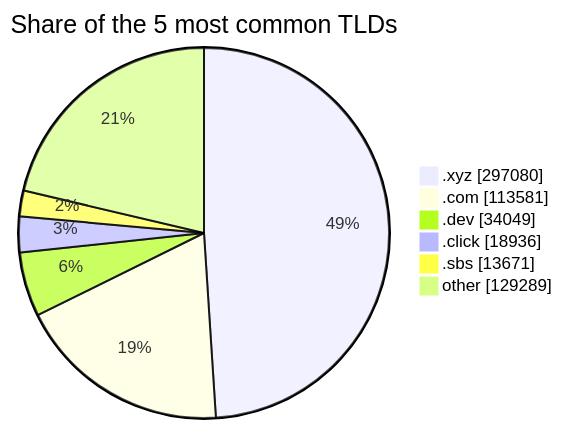
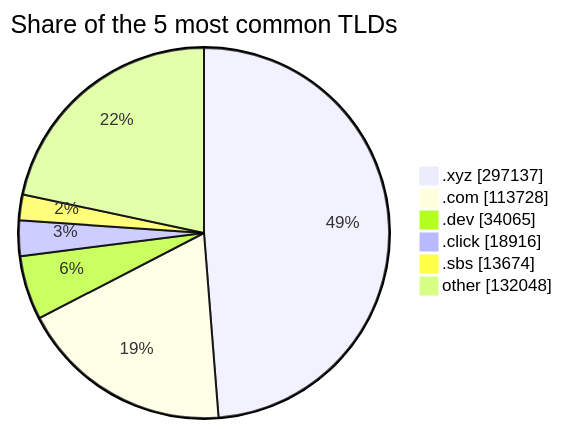
Before and after one commit to DNSBunker/CTI: the third of 3 diagrams in README.md, drawn with Mermaid. The commit also changed other lines of this file and 3 other files, not shown here.

````diff
--- a/README.md
+++ b/README.md
@@ -81,9 +81,9 @@
 ```mermaid
 pie showData title Share of the 5 most common TLDs
-    ".xyz" : 297080
-    ".com" : 113581
-    ".dev" : 34049
-    ".click" : 18936
-    ".sbs" : 13671
-    "other" : 129289
+    ".xyz" : 297137
+    ".com" : 113728
+    ".dev" : 34065
+    ".click" : 18916
+    ".sbs" : 13674
+    "other" : 132048
 ```
````
